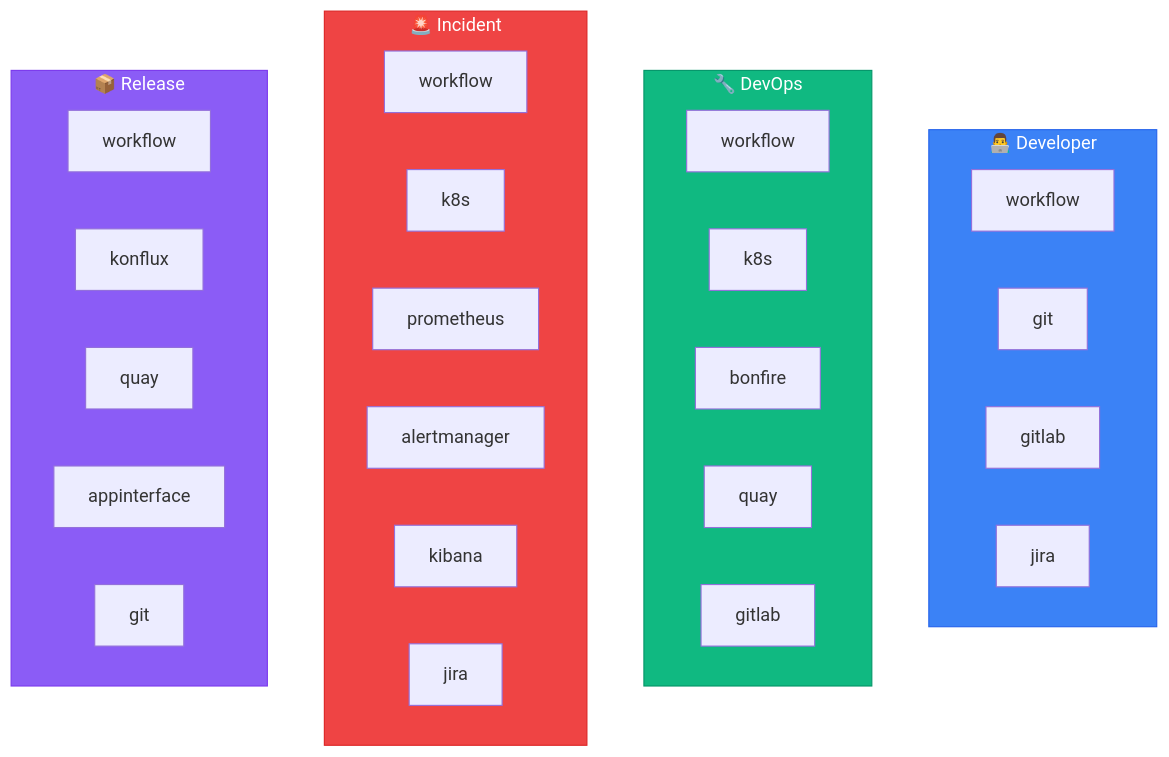
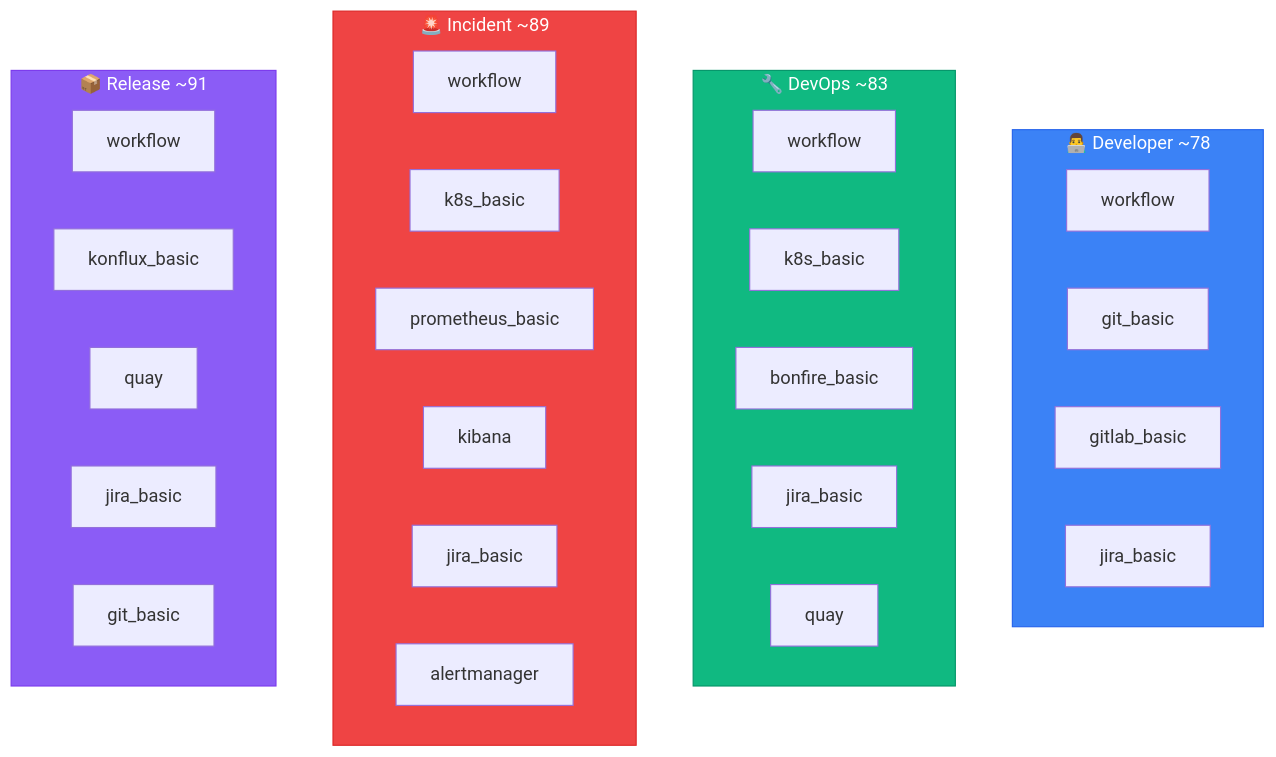
The second of 2 diagrams in docs/personas/README.md (dmzoneill/redhat-ai-workflow), drawn with Mermaid before and after one commit. The commit also changed other lines of this file and 4 other files, not shown here.

````diff
--- a/docs/personas/README.md
+++ b/docs/personas/README.md
@@ -67,39 +71,39 @@
 ```mermaid
 graph TD
-    subgraph Developer["👨‍💻 Developer"]
+    subgraph Developer["👨‍💻 Developer ~78"]
         D_WF[workflow]
-        D_GIT[git]
-        D_GITLAB[gitlab]
-        D_JIRA[jira]
+        D_GIT[git_basic]
+        D_GITLAB[gitlab_basic]
+        D_JIRA[jira_basic]
     end
 
-    subgraph DevOps["🔧 DevOps"]
+    subgraph DevOps["🔧 DevOps ~83"]
         O_WF[workflow]
-        O_K8S[k8s]
-        O_BON[bonfire]
+        O_K8S[k8s_basic]
+        O_BON[bonfire_basic]
+        O_JIRA[jira_basic]
         O_QUAY[quay]
-        O_GITLAB[gitlab]
     end
 
-    subgraph Incident["🚨 Incident"]
+    subgraph Incident["🚨 Incident ~89"]
         I_WF[workflow]
-        I_K8S[k8s]
-        I_PROM[prometheus]
+        I_K8S[k8s_basic]
+        I_PROM[prometheus_basic]
+        I_KIB[kibana]
+        I_JIRA[jira_basic]
         I_ALERT[alertmanager]
-        I_KIB[kibana]
-        I_JIRA[jira]
     end
 
-    subgraph Release["📦 Release"]
+    subgraph Release["📦 Release ~91"]
         R_WF[workflow]
-        R_KON[konflux]
+        R_KON[konflux_basic]
         R_QUAY[quay]
-        R_APP[appinterface]
-        R_GIT[git]
+        R_JIRA[jira_basic]
+        R_GIT[git_basic]
     end
 
     style Developer fill:#3b82f6,stroke:#2563eb,color:#fff
     style DevOps fill:#10b981,stroke:#059669,color:#fff
     style Incident fill:#ef4444,stroke:#dc2626,color:#fff
     style Release fill:#8b5cf6,stroke:#7c3aed,color:#fff
 ```
````
